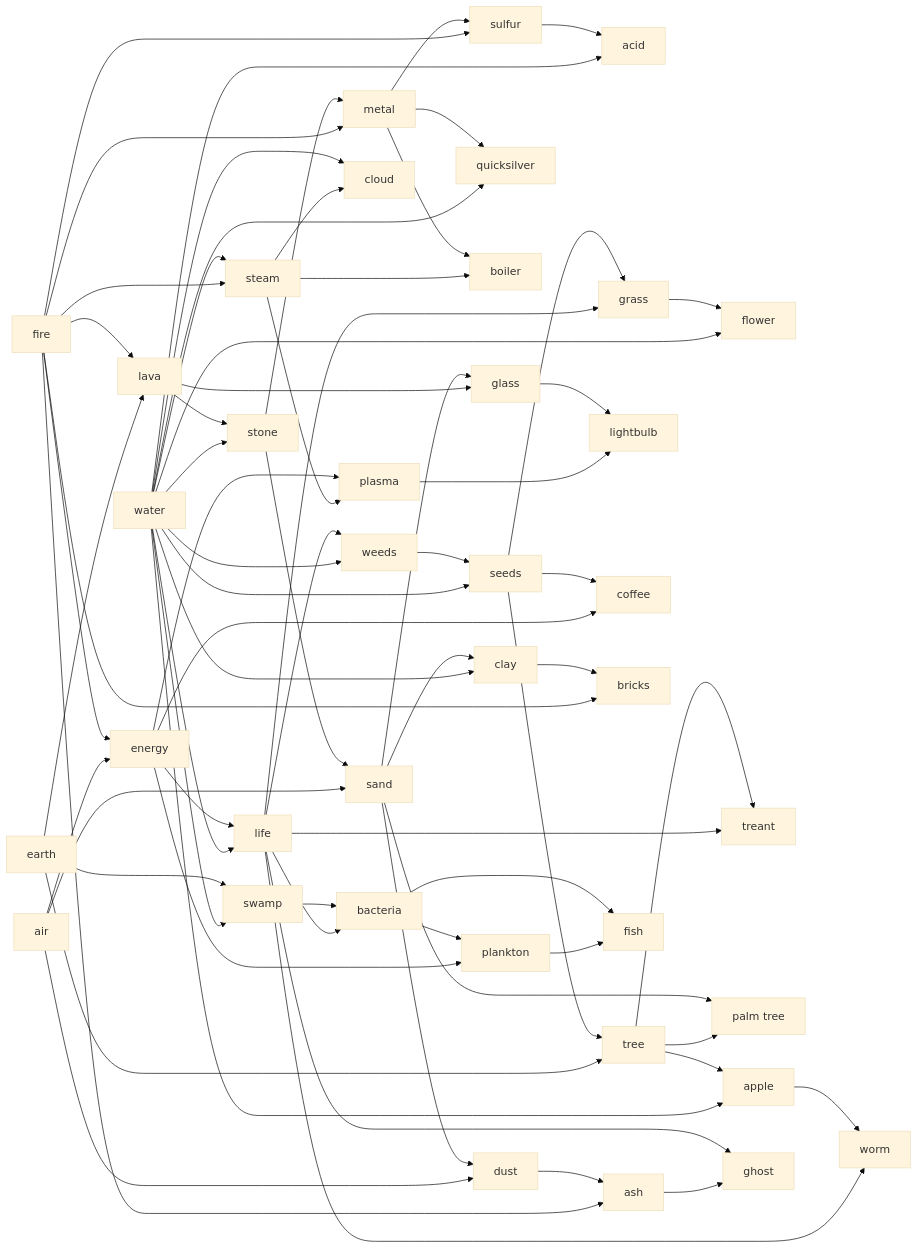
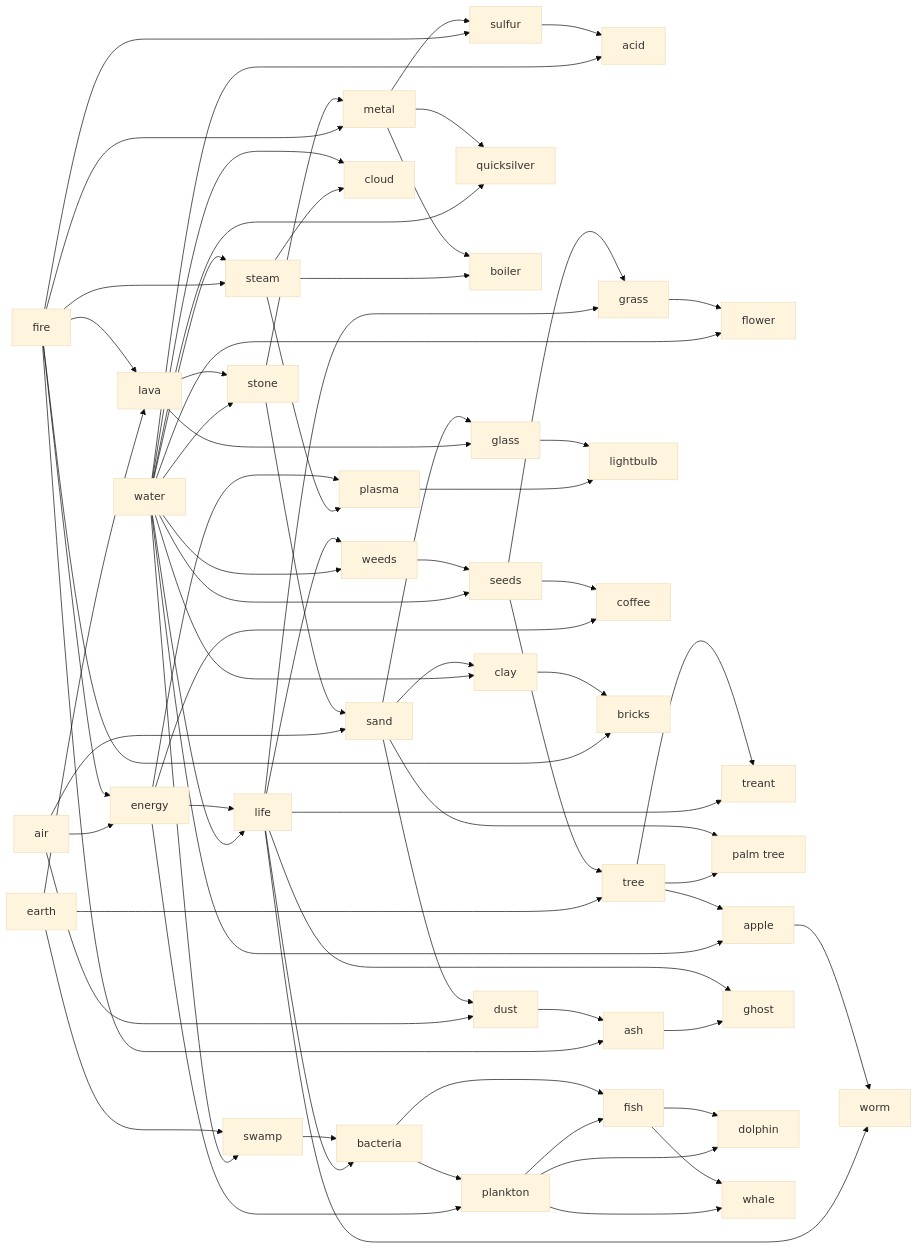
Before and after one commit to res0nat0r/doodle-god: the diagram in README.md, drawn with Mermaid (base theme).

Commit message:
dolphin,whale

````diff
--- a/README.md
+++ b/README.md
@@ -105,4 +105,10 @@
 
 bacteria --> fish
 plankton --> fish
+
+fish --> dolphin
+plankton --> dolphin
+
+fish --> whale
+plankton --> whale
 ```
````
